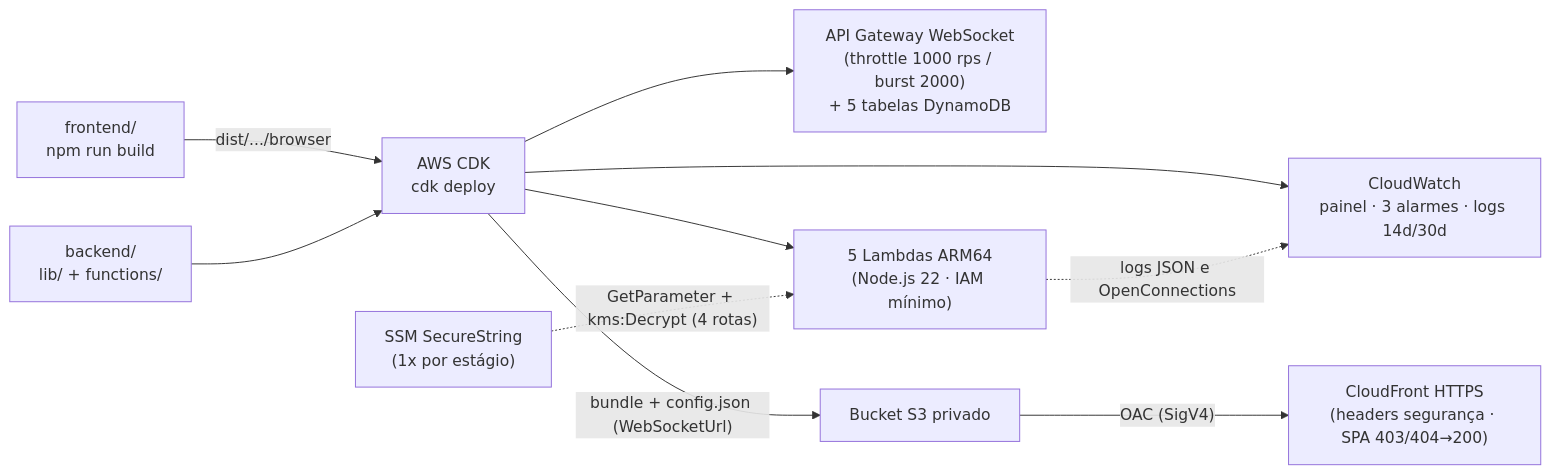
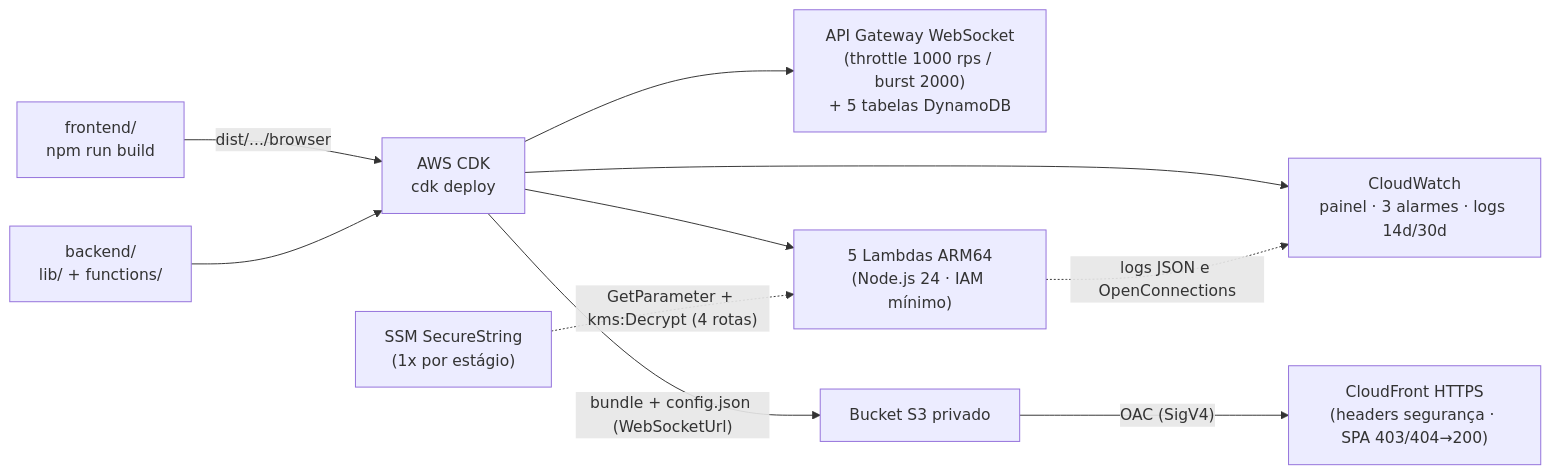
The diagram in docs/observabilidade-implantacao.md (felipdsa21/hub-websocket-sd), drawn with Mermaid before and after one commit. The commit also changed 9 other files, not shown here.

````diff
--- a/docs/observabilidade-implantacao.md
+++ b/docs/observabilidade-implantacao.md
@@ -40,12 +40,12 @@
 ```mermaid
 flowchart LR
     FE["frontend/<br/>npm run build"] -->|"dist/.../browser"| CDK["AWS CDK<br/>cdk deploy"]
     BE["backend/<br/>lib/ + functions/"] --> CDK
     CDK --> API["API Gateway WebSocket<br/>(throttle 1000 rps / burst 2000)<br/>+ 5 tabelas DynamoDB"]
-    CDK --> LAM["5 Lambdas ARM64<br/>(Node.js 22 · IAM mínimo)"]
+    CDK --> LAM["5 Lambdas ARM64<br/>(Node.js 24 · IAM mínimo)"]
     CDK --> CW["CloudWatch<br/>painel · 3 alarmes · logs 14d/30d"]
     CDK -->|"bundle + config.json (WebSocketUrl)"| S3["Bucket S3 privado"]
     SSM["SSM SecureString<br/>(1x por estágio)"] -.->|"GetParameter + kms:Decrypt (4 rotas)"| LAM
     LAM -.->|"logs JSON e OpenConnections"| CW
     S3 -->|"OAC (SigV4)"| CF["CloudFront HTTPS<br/>(headers segurança · SPA 403/404→200)"]
 ```
````
